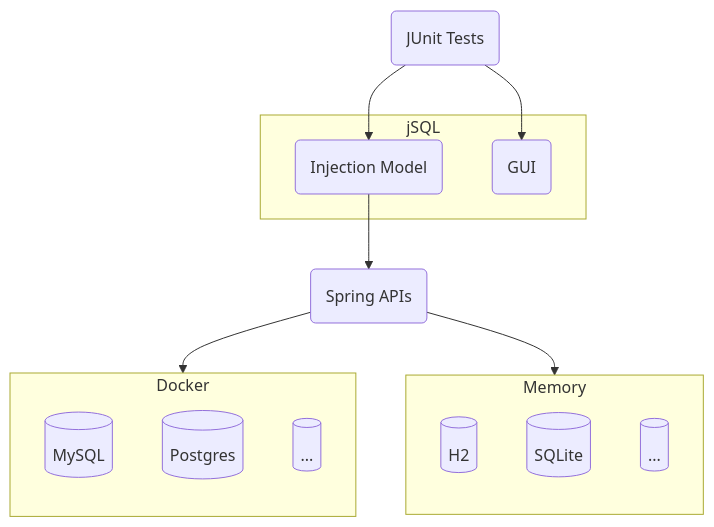
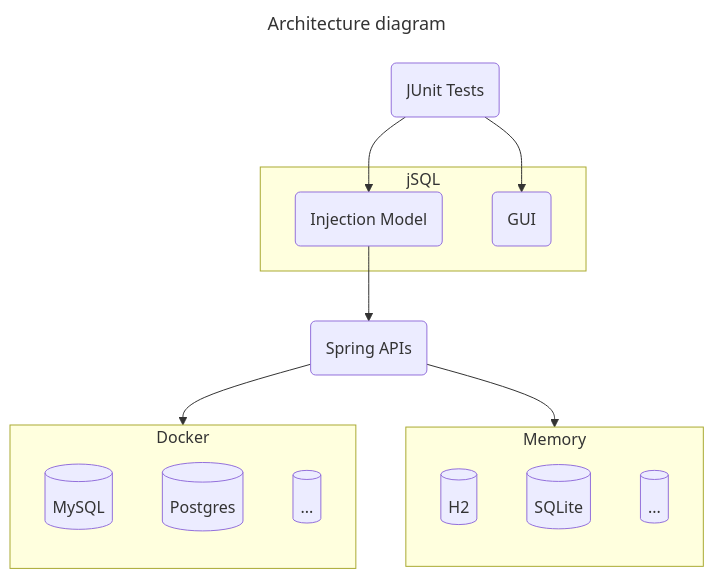
The diagram in README.md (ron190/jsql-injection), drawn with Mermaid before and after one commit. The commit also changed other lines of this file, not shown here.

````diff
--- a/README.md
+++ b/README.md
@@ -39,24 +40,27 @@
 ```mermaid
+---
+title: Architecture diagram
+---
 graph TB
     id022(JUnit Tests)
     subgraph jSQL
     id01(Injection Model)
     id02(GUI)
     end
     id0(Spring APIs)
     subgraph Docker
     direction TB
     id1[(MySQL)]   
     id2[(Postgres)]   
     id3[(...)]      
     end
     subgraph Memory
     direction TB
     id5[(H2)]    
     id8[(SQLite)]
     id6[(...)]      
     end
     id0 --> Docker & Memory
     id01 --> id0
     id022 --> id01 & id02   
 ```
````
